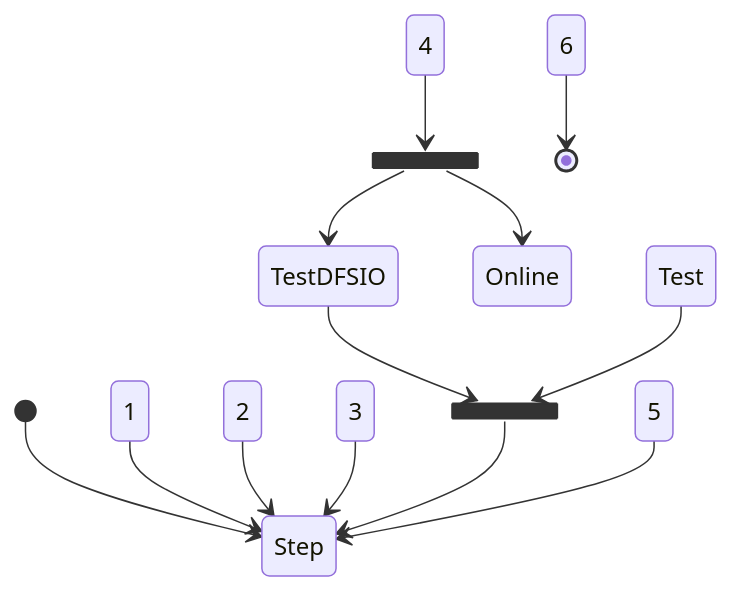
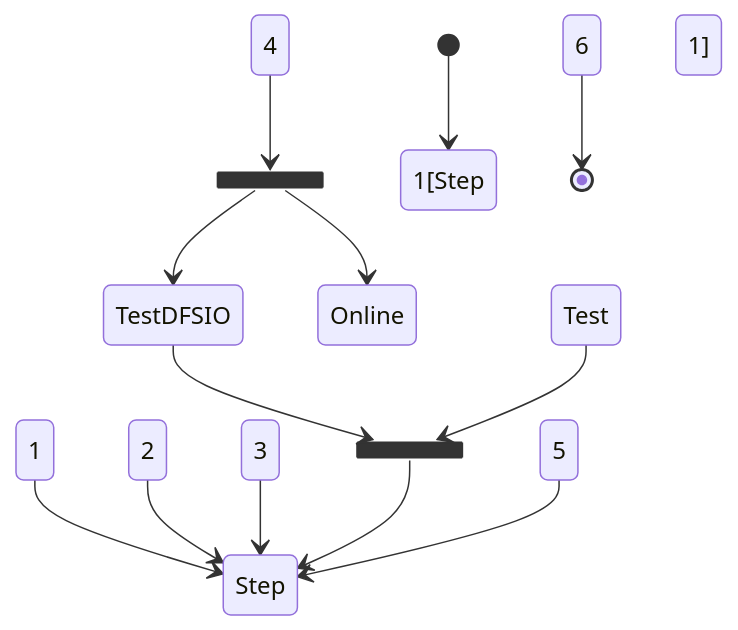
Before and after one commit to MaistoV/BSpenaHPQC: the diagram in doc/Script.md, drawn with Mermaid.

````diff
--- a/doc/Script.md
+++ b/doc/Script.md
@@ -13,18 +13,18 @@
 ```mermaid
 stateDiagram-v2
     state fork_state <<fork>>
-        [*] --> Step 1
+        [*] --> 1[Step 1]
         Step 1 --> Step 2
         Step 2 --> Step 3
         Step 3 --> Step 4
         Step 4 --> fork_state
         fork_state --> TestDFSIO
         fork_state --> Online Test
 
         state join_state <<join>>
         TestDFSIO --> join_state
         Online Test --> join_state
         join_state --> Step 5
         Step 5 --> Step 6
         Step 6 --> [*]
 ```
````
